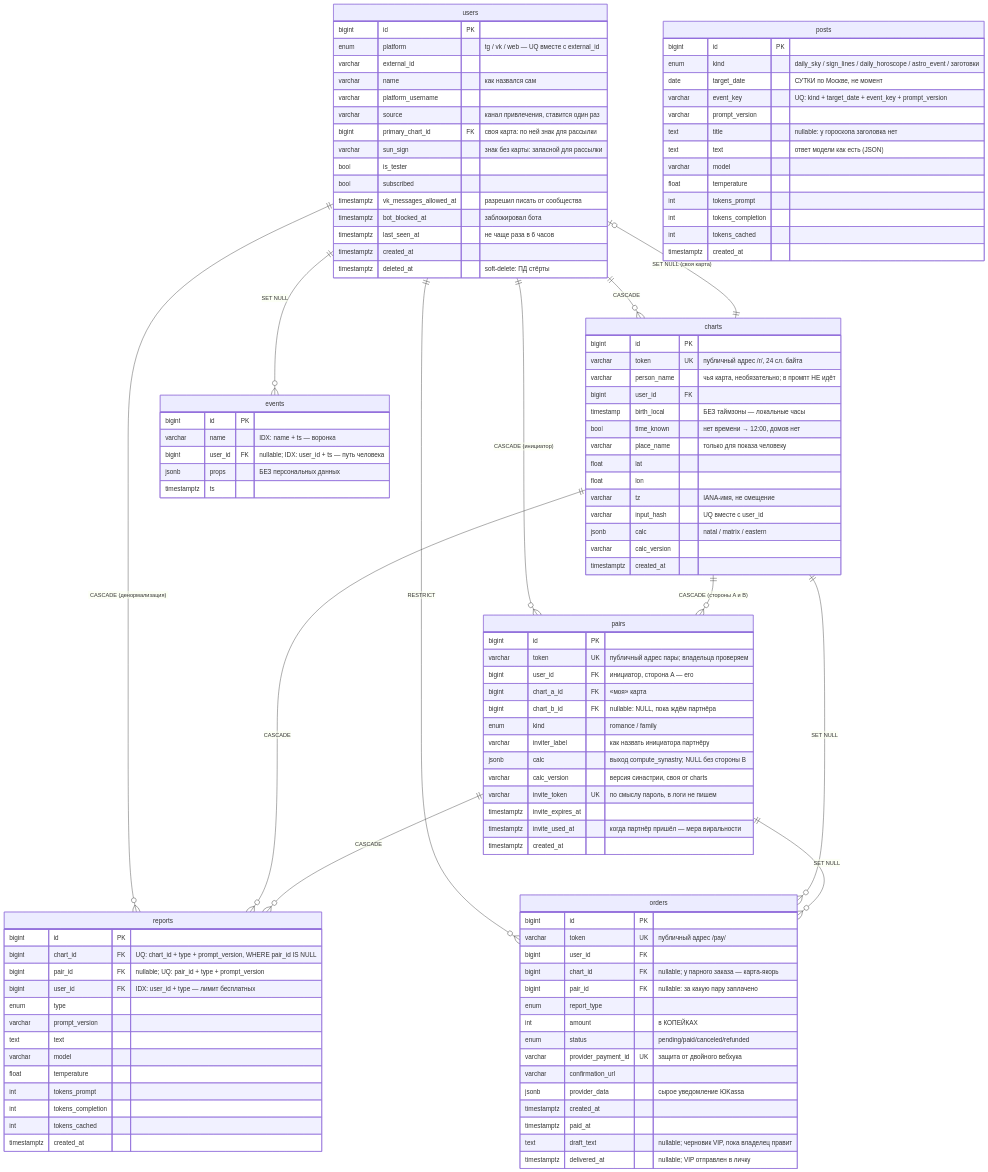
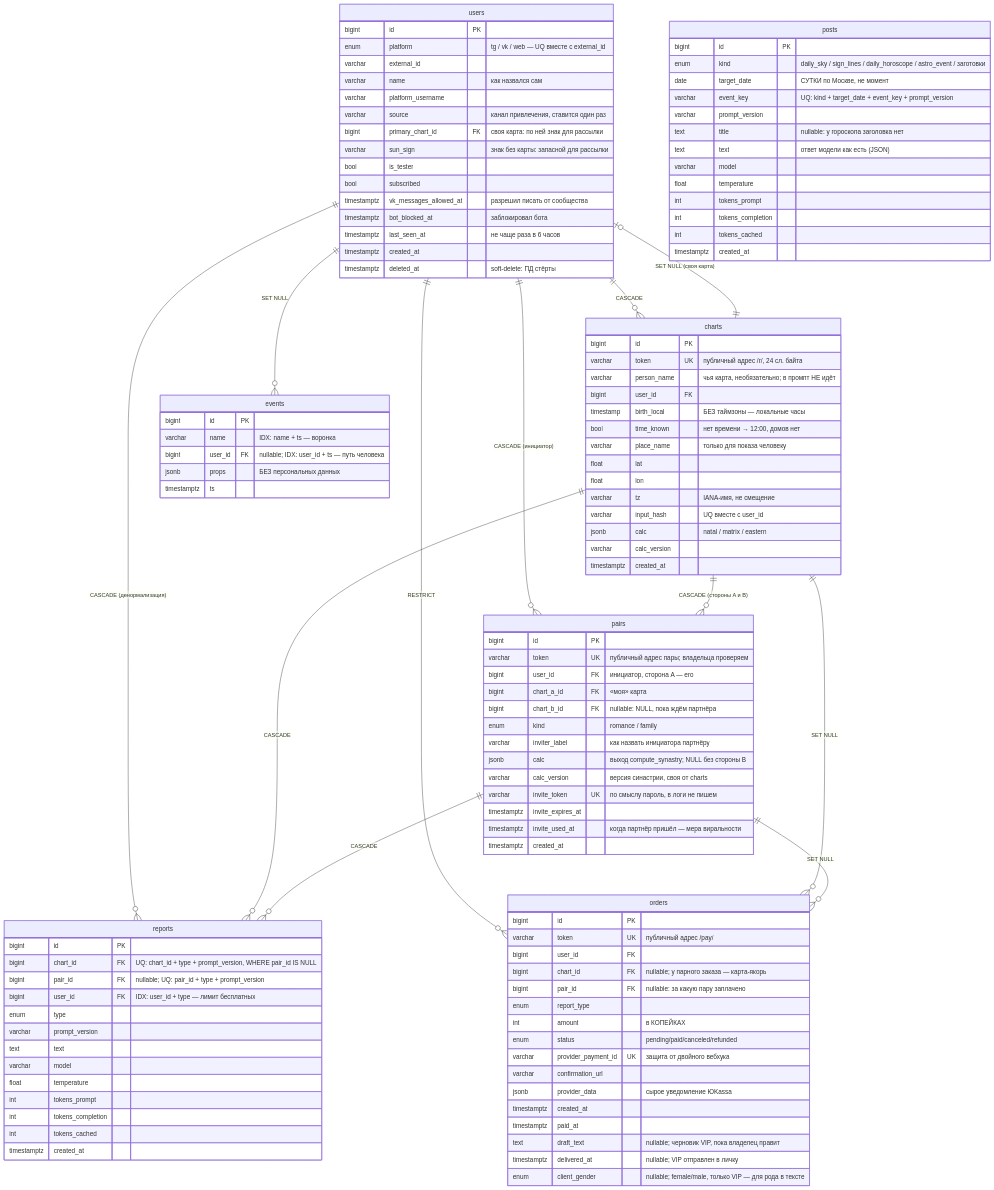
The diagram in docs/db-schema.md (ngbaranov1970/AstroService), drawn with Mermaid before and after one commit. The commit also changed other lines of this file and 11 other files, not shown here.

```diff
--- a/docs/db-schema.md
+++ b/docs/db-schema.md
@@ -104,6 +104,7 @@
         timestamptz paid_at
         text     draft_text "nullable; черновик VIP, пока владелец правит"
         timestamptz delivered_at "nullable; VIP отправлен в личку"
+        enum     client_gender "nullable; female/male, только VIP — для рода в тексте"
     }
 
     events {
```
